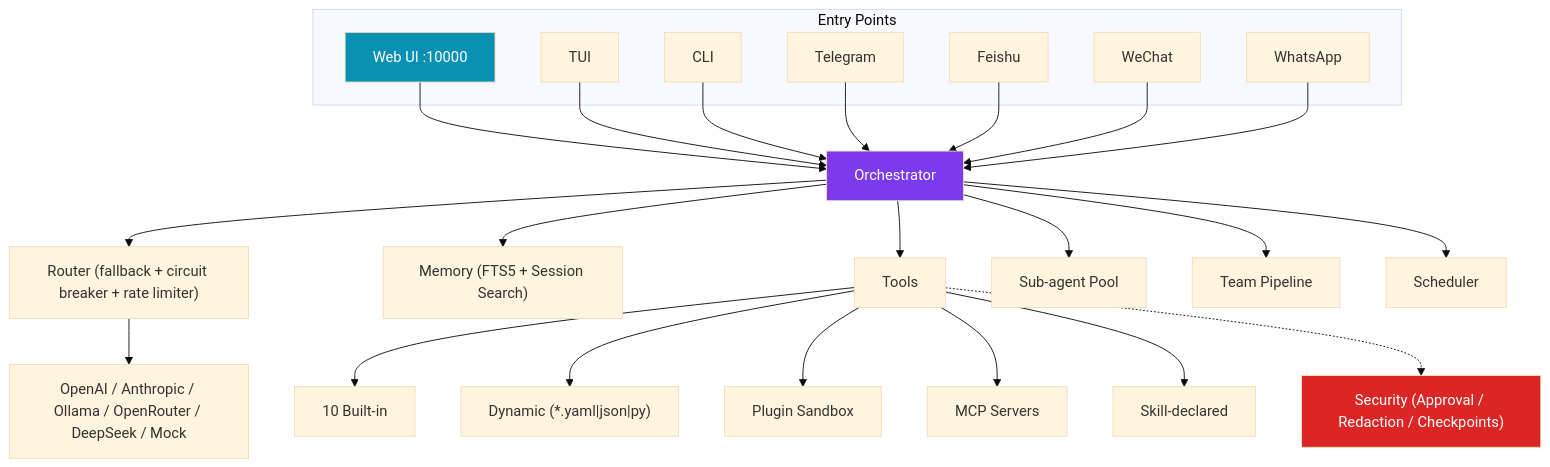
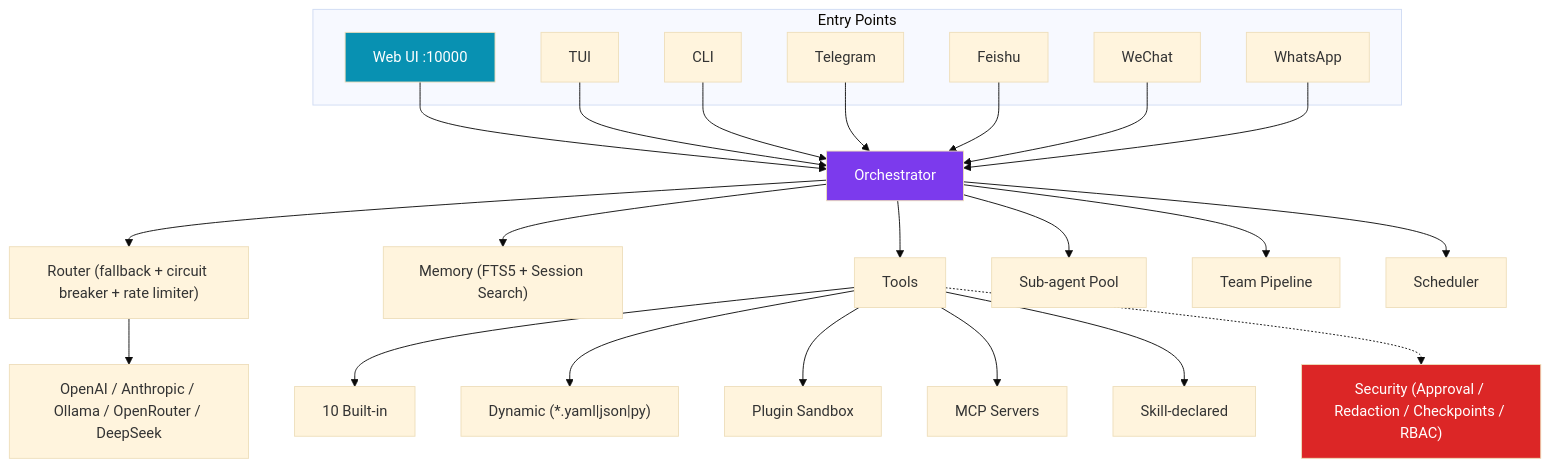
The diagram in README.md (Alex663028/pulse-agent), drawn with Mermaid (base theme) before and after one commit. The commit also changed other lines of this file and 2 other files, not shown here.

First line of the commit message:
fix: restore pure Apache 2.0 license, add SECURITY.md

````diff
--- a/README.md
+++ b/README.md
@@ -102,45 +94,45 @@
 ```mermaid
 graph TD
     subgraph Entry Points
         TUI["TUI"]
         CLI["CLI"]
         WEB["Web UI :10000"]
         TG["Telegram"]
         FS["Feishu"]
         WX["WeChat"]
         WA["WhatsApp"]
     end
 
     ORCH["Orchestrator"]
     ROUTER["Router (fallback + circuit breaker + rate limiter)"]
 
     ORCH --> ROUTER
-    ROUTER --> P["OpenAI / Anthropic / Ollama / OpenRouter / DeepSeek / Mock"]
+    ROUTER --> P["OpenAI / Anthropic / Ollama / OpenRouter / DeepSeek"]
 
     ORCH --> MEM["Memory (FTS5 + Session Search)"]
     ORCH --> TOOLS["Tools"]
     ORCH --> SUB["Sub-agent Pool"]
     ORCH --> TEAM["Team Pipeline"]
     ORCH --> CRON["Scheduler"]
 
     TOOLS --> BUILTIN["10 Built-in"]
     TOOLS --> DYNAMIC["Dynamic (*.yaml|json|py)"]
     TOOLS --> PLUGINS["Plugin Sandbox"]
     TOOLS --> MCP["MCP Servers"]
     TOOLS --> SKILL_TOOLS["Skill-declared"]
 
-    SEC["Security (Approval / Redaction / Checkpoints)"]
+    SEC["Security (Approval / Redaction / Checkpoints / RBAC)"]
     TOOLS -.-> SEC
 
     WEB --> ORCH
     TUI --> ORCH
     CLI --> ORCH
     TG --> ORCH
     FS --> ORCH
     WX --> ORCH
     WA --> ORCH
 
     style ORCH fill:#7c3aed,color:#fff
     style WEB fill:#0891b2,color:#fff
     style SEC fill:#dc2626,color:#fff
 ```
````
